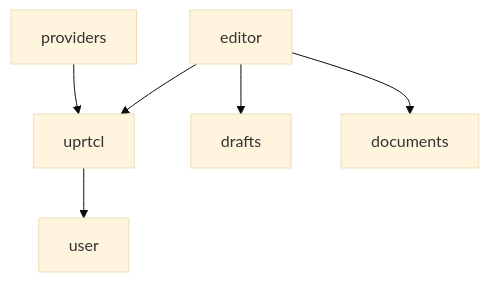
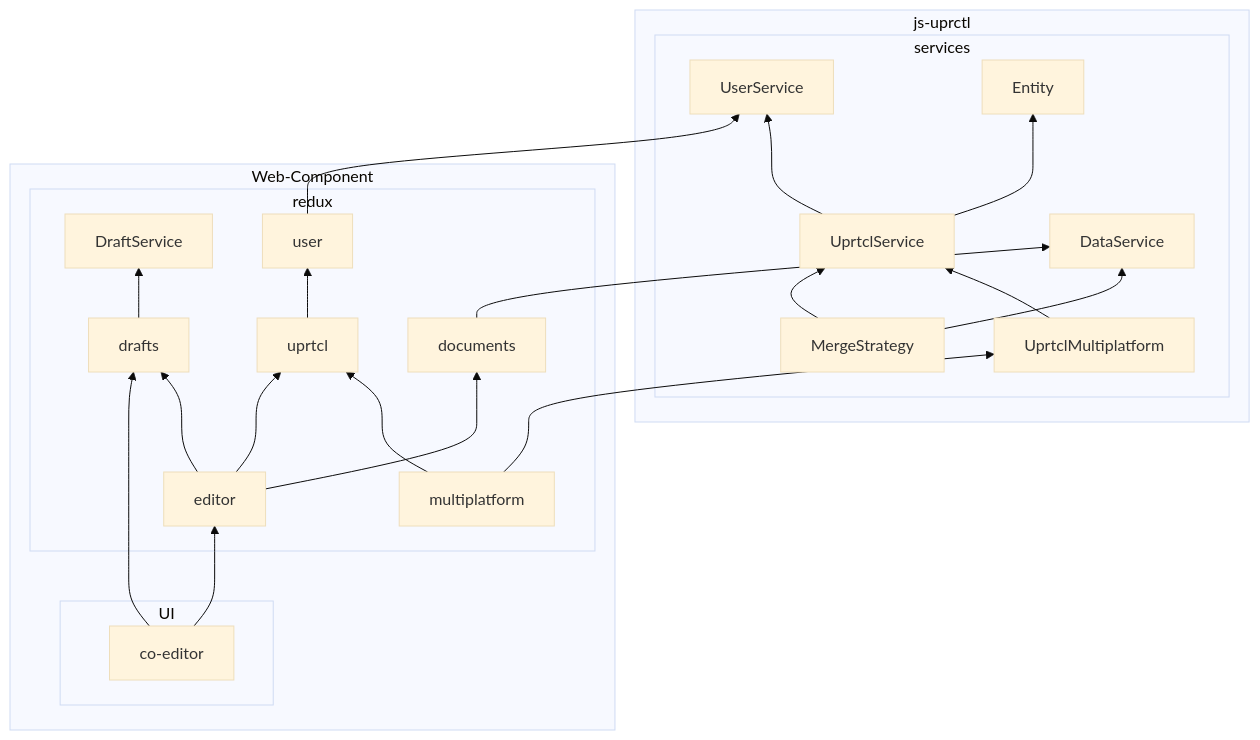
Before and after one commit to spiralcrew-ou/web-components: the diagram in src/state/Dependencies.md, drawn with Mermaid (base theme). The commit also changed other lines of this file and 1 other file, not shown here.

Commit message:
Added dependencies in graph

````diff
--- a/src/state/Dependencies.md
+++ b/src/state/Dependencies.md
@@ -1,8 +1,29 @@
 ```mermaid
-graph TD
+graph BT
+  subgraph js-uprctl
+  subgraph services
+  UprtclService-->UserService
+  UprtclMultiplatform-->UprtclService
+  UprtclService-->Entity
+  MergeStrategy-->UprtclService
+  MergeStrategy-->DataService
+  end
+  end
+  subgraph Web-Component
+  subgraph redux
+  drafts-->DraftService
+  documents-->DataService
+  user-->UserService
+  multiplatform-->UprtclMultiplatform
+  uprtcl-->user
+  multiplatform-->uprtcl
   editor-->uprtcl
   editor-->drafts
   editor-->documents
-  providers-->uprtcl
-  uprtcl-->user
+  end
+  subgraph UI
+  co-editor-->editor
+  co-editor-->drafts
+  end
+  end
 ```
````
